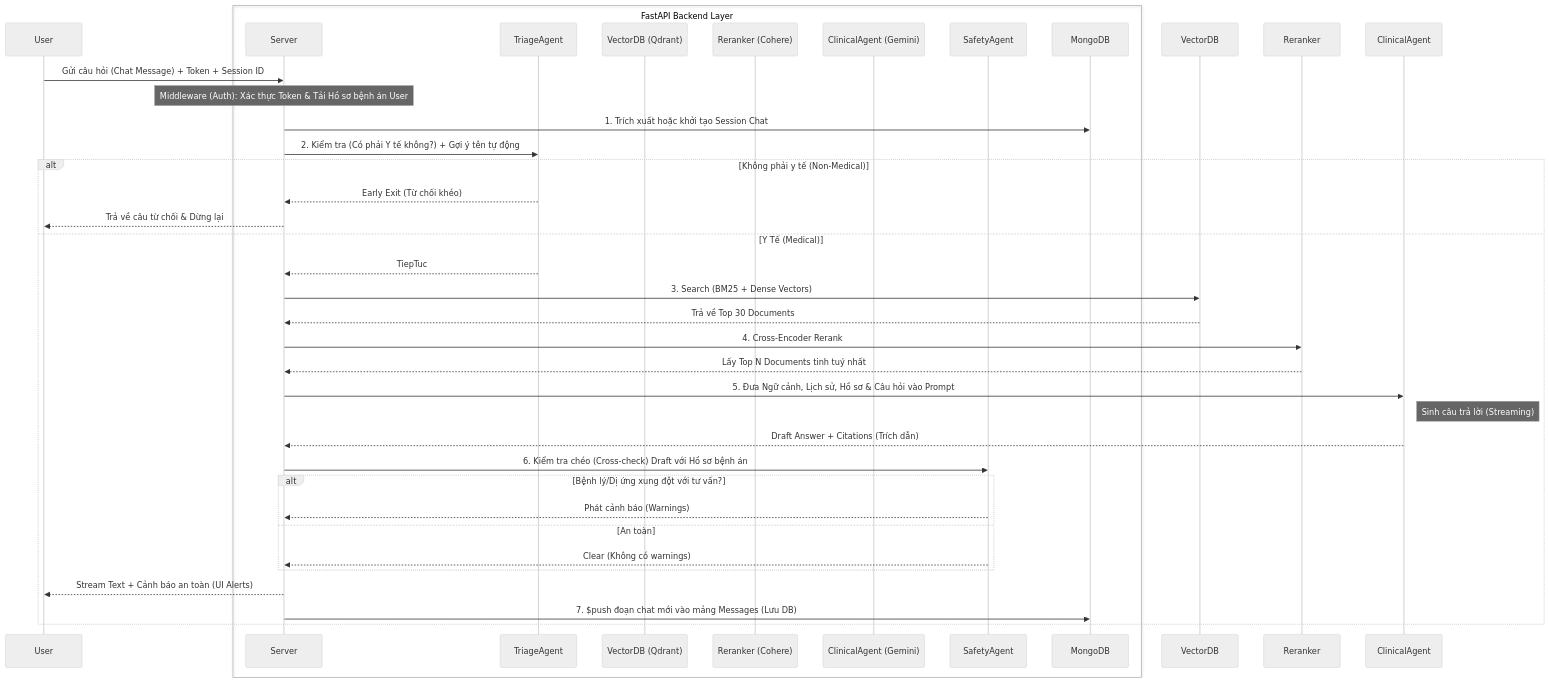
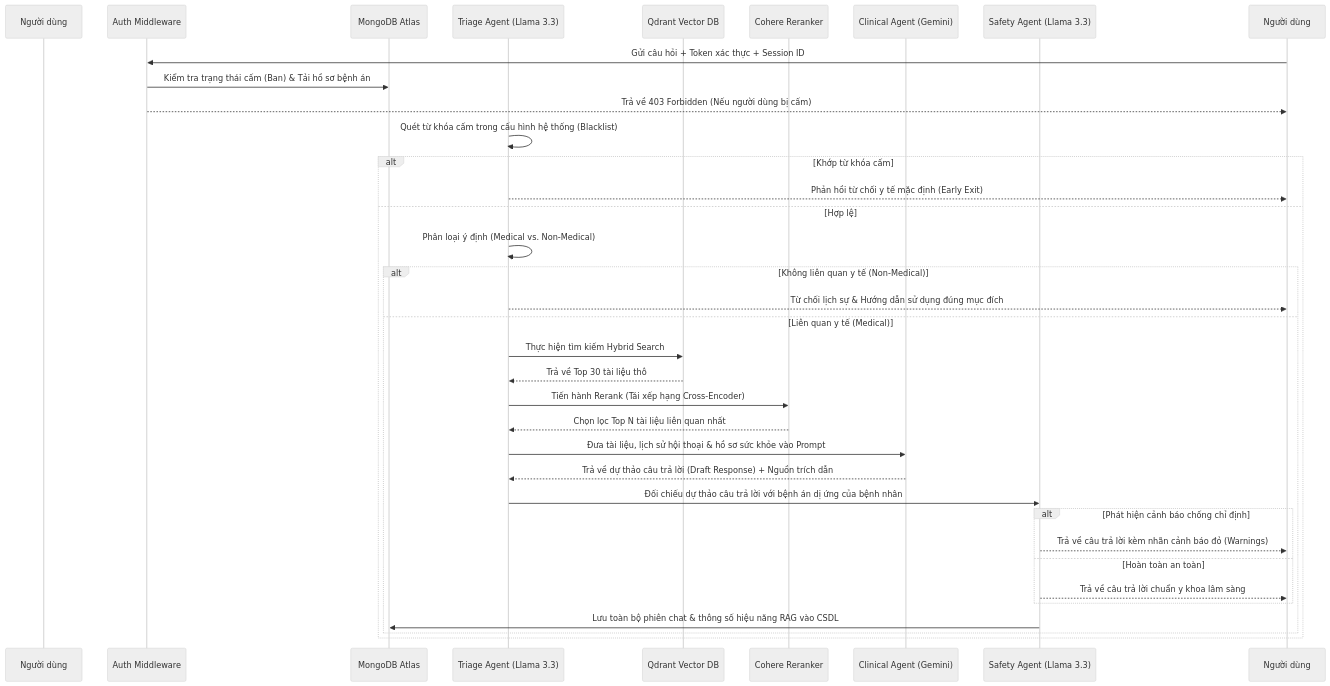
The diagram in README.md (Vietfinn/Medical-AI-Assistant--RAG_KLTN), drawn with Mermaid (neutral theme) before and after one commit. The commit also changed other lines of this file and 63 other files, not shown here.

````diff
--- a/README.md
+++ b/README.md
@@ -35,46 +35,39 @@
 ```mermaid
 sequenceDiagram
-    participant User
-    box FastAPI Backend Layer
-        participant Server
-        participant TriageAgent
-        participant VectorDB (Qdrant)
-        participant Reranker (Cohere)
-        participant ClinicalAgent (Gemini)
-        participant SafetyAgent
-        participant MongoDB
-    end
+    participant User as Người dùng
+    participant Auth as Auth Middleware
+    participant Mongo as MongoDB Atlas
+    participant Triage as Triage Agent (Llama 3.3)
+    participant Qdrant as Qdrant Vector DB
+    participant Cohere as Cohere Reranker
+    participant Gemini as Clinical Agent (Gemini)
+    participant Safety as Safety Agent (Llama 3.3)
 
-    User->>Server: Gửi câu hỏi (Chat Message) + Token + Session ID
+    Người dùng->>Auth: Gửi câu hỏi + Token xác thực + Session ID
+    Auth->>Mongo: Kiểm tra trạng thái cấm (Ban) & Tải hồ sơ bệnh án
+    Auth-->>Người dùng: Trả về 403 Forbidden (Nếu người dùng bị cấm)
     
-    Note over Server: Middleware (Auth): Xác thực Token & Tải Hồ sơ bệnh án User
-    
-    Server->>MongoDB: 1. Trích xuất hoặc khởi tạo Session Chat
-    Server->>TriageAgent: 2. Kiểm tra (Có phải Y tế không?) + Gợi ý tên tự động
-    
-    alt Không phải y tế (Non-Medical)
-        TriageAgent-->>Server: Early Exit (Từ chối khéo)
-        Server-->>User: Trả về câu từ chối & Dừng lại
-    else Y Tế (Medical)
-        TriageAgent-->>Server: TiepTuc
-        Server->>VectorDB: 3. Search (BM25 + Dense Vectors)
-        VectorDB-->>Server: Trả về Top 30 Documents
-        Server->>Reranker: 4. Cross-Encoder Rerank
-        Reranker-->>Server: Lấy Top N Documents tinh tuý nhất
-        
-        Server->>ClinicalAgent: 5. Đưa Ngữ cảnh, Lịch sử, Hồ sơ & Câu hỏi vào Prompt
-        
-        Note right of ClinicalAgent: Sinh câu trả lời (Streaming)
-        ClinicalAgent-->>Server: Draft Answer + Citations (Trích dẫn)
-        
-        Server->>SafetyAgent: 6. Kiểm tra chéo (Cross-check) Draft với Hồ sơ bệnh án
-        alt Bệnh lý/Dị ứng xung đột với tư vấn?
-            SafetyAgent-->>Server: Phát cảnh báo (Warnings)
-        else An toàn
-            SafetyAgent-->>Server: Clear (Không có warnings)
+    Triage->>Triage: Quét từ khóa cấm trong cấu hình hệ thống (Blacklist)
+    alt Khớp từ khóa cấm
+        Triage-->>Người dùng: Phản hồi từ chối y tế mặc định (Early Exit)
+    else Hợp lệ
+        Triage->>Triage: Phân loại ý định (Medical vs. Non-Medical)
+        alt Không liên quan y tế (Non-Medical)
+            Triage-->>Người dùng: Từ chối lịch sự & Hướng dẫn sử dụng đúng mục đích
+        else Liên quan y tế (Medical)
+            Triage->>Qdrant: Thực hiện tìm kiếm Hybrid Search
+            Qdrant-->>Triage: Trả về Top 30 tài liệu thô
+            Triage->>Cohere: Tiến hành Rerank (Tái xếp hạng Cross-Encoder)
+            Cohere-->>Triage: Chọn lọc Top N tài liệu liên quan nhất
+            Triage->>Gemini: Đưa tài liệu, lịch sử hội thoại & hồ sơ sức khỏe vào Prompt
+            Gemini-->>Triage: Trả về dự thảo câu trả lời (Draft Response) + Nguồn trích dẫn
+            Triage->>Safety: Đối chiếu dự thảo câu trả lời với bệnh án dị ứng của bệnh nhân
+            alt Phát hiện cảnh báo chống chỉ định
+                Safety-->>Người dùng: Trả về câu trả lời kèm nhãn cảnh báo đỏ (Warnings)
+            else Hoàn toàn an toàn
+                Safety-->>Người dùng: Trả về câu trả lời chuẩn y khoa lâm sàng
+            end
+            Safety->>Mongo: Lưu toàn bộ phiên chat & thông số hiệu năng RAG vào CSDL
         end
-        
-        Server-->>User: Stream Text + Cảnh báo an toàn (UI Alerts)
-        Server->>MongoDB: 7. $push đoạn chat mới vào mảng Messages (Lưu DB)
     end
 ```
````
